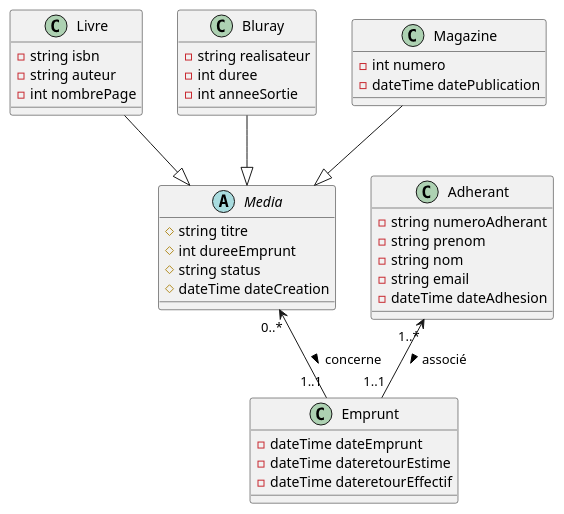
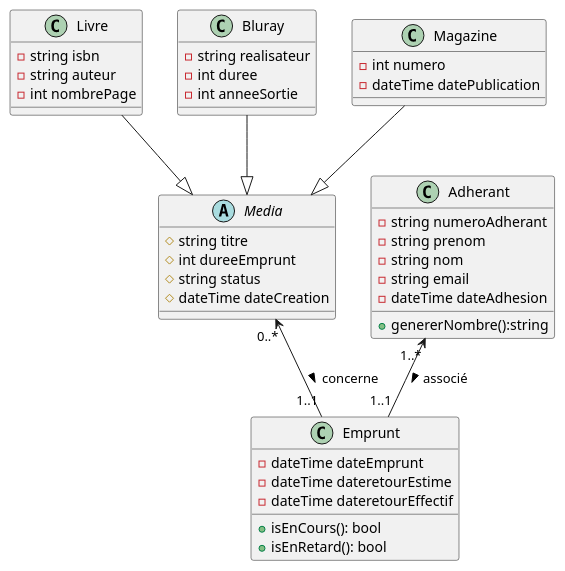
One commit to SNEAXIII/Scrum-biblio changed the diagram in documentation/DiagBiblio.puml. Above: the diagram before and after it, drawn with PlantUML. The commit also changed 3 other files, not shown here.

```diff
--- a/documentation/DiagBiblio.puml
+++ b/documentation/DiagBiblio.puml
@@ -1,46 +1,49 @@
 @startuml
 
 Class Livre {
 -string isbn
 -string auteur
 -int nombrePage
 }
 
 Class Bluray {
 -string realisateur
 -int duree
 -int anneeSortie
 }
 
 Class Magazine {
 -int numero
 -dateTime datePublication
 }
 
 Abstract Class Media {
 #string titre
 #int dureeEmprunt
 #string status
 #dateTime dateCreation
 }
 
 Class Adherant {
 -string numeroAdherant
 -string prenom
 -string nom
 -string email
 -dateTime dateAdhesion
++genererNombre():string
 }
 
 Class Emprunt {
 -dateTime dateEmprunt
 -dateTime dateretourEstime
 -dateTime dateretourEffectif
++isEnCours(): bool
++isEnRetard(): bool
 }
 
 Livre --|> Media
 Bluray --|> Media
 Magazine --|> Media
 Adherant "1..*" <-- "1..1" Emprunt  : associé >
 Media "0..*" <-- "1..1" Emprunt  : concerne >
 @enduml
```
